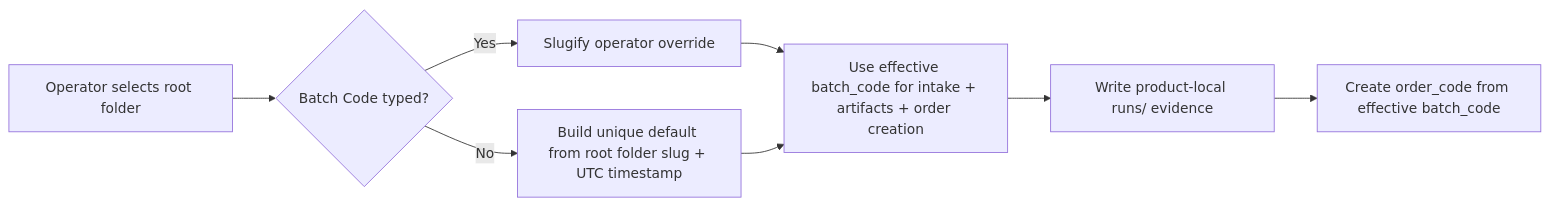
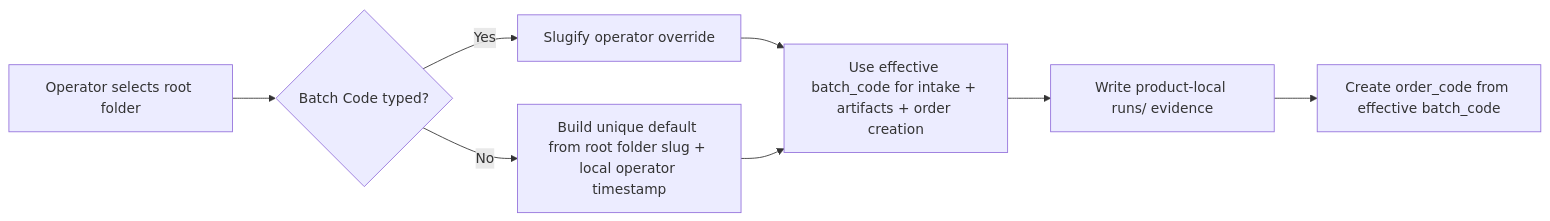
Before and after one commit to idev006/MTClipFactory: the first of 2 diagrams in doc/76_Auto_Factory_Default_Batch_Code_Traceability_Workflow_2026-06-21.md, drawn with Mermaid. The commit also changed other lines of this file and 15 other files, not shown here.

````diff
--- a/doc/76_Auto_Factory_Default_Batch_Code_Traceability_Workflow_2026-06-21.md
+++ b/doc/76_Auto_Factory_Default_Batch_Code_Traceability_Workflow_2026-06-21.md
@@ -44,10 +44,10 @@
 ```mermaid
 flowchart LR
     A["Operator selects root folder"] --> B{"Batch Code typed?"}
     B -->|"Yes"| C["Slugify operator override"]
-    B -->|"No"| D["Build unique default from root folder slug + UTC timestamp"]
+    B -->|"No"| D["Build unique default from root folder slug + local operator timestamp"]
     C --> E["Use effective batch_code for intake + artifacts + order creation"]
     D --> E
     E --> F["Write product-local runs/<batch_code> evidence"]
     F --> G["Create order_code from effective batch_code"]
 ```
````
